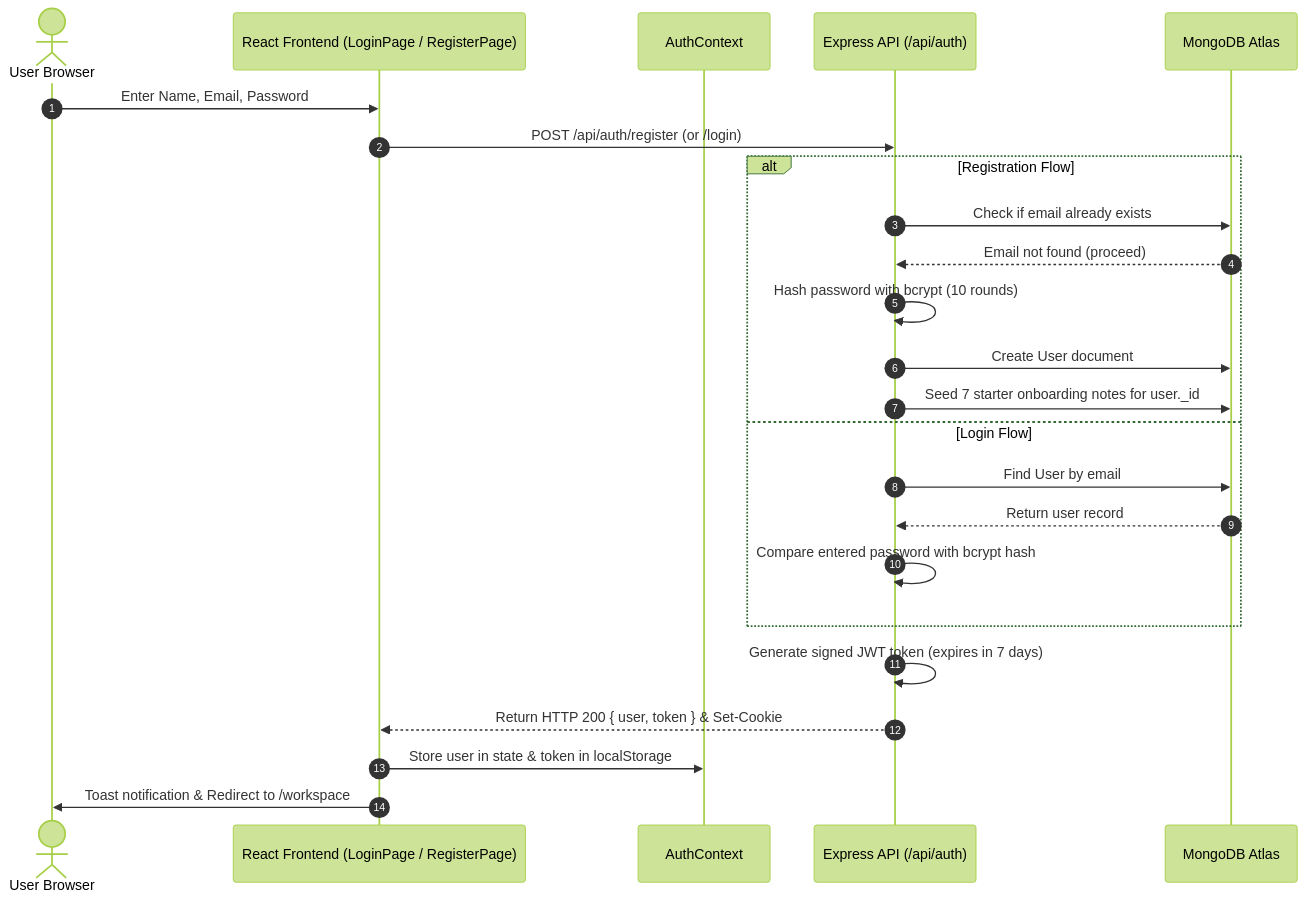
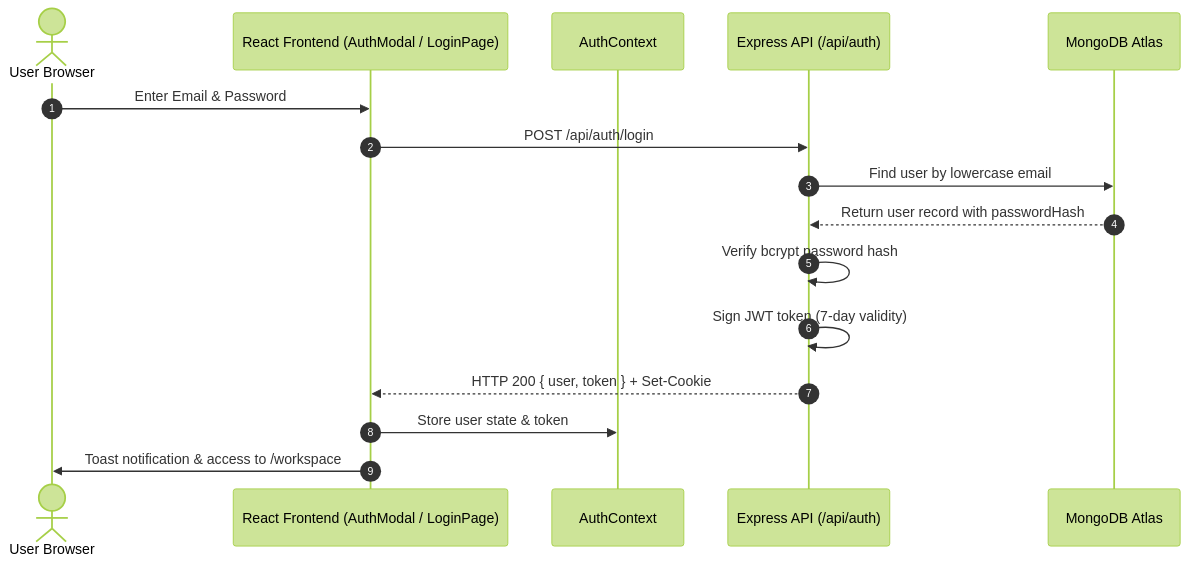
The second of 5 diagrams in README.md (anshumangarg5410/Notes-Making-App), drawn with Mermaid (forest theme) before and after one commit. The commit also changed other lines of this file, not shown here.

````diff
--- a/README.md
+++ b/README.md
@@ -133,29 +150,19 @@
 ```mermaid
 sequenceDiagram
     autonumber
     actor User as User Browser
-    participant FE as React Frontend (LoginPage / RegisterPage)
+    participant FE as React Frontend (AuthModal / LoginPage)
     participant AuthCtx as AuthContext
     participant BE as Express API (/api/auth)
     participant DB as MongoDB Atlas
 
-    User->>FE: Enter Name, Email, Password
-    FE->>BE: POST /api/auth/register (or /login)
-    
-    alt Registration Flow
-        BE->>DB: Check if email already exists
-        DB-->>BE: Email not found (proceed)
-        BE->>BE: Hash password with bcrypt (10 rounds)
-        BE->>DB: Create User document
-        BE->>DB: Seed 7 starter onboarding notes for user._id
-    else Login Flow
-        BE->>DB: Find User by email
-        DB-->>BE: Return user record
-        BE->>BE: Compare entered password with bcrypt hash
-    end
-
-    BE->>BE: Generate signed JWT token (expires in 7 days)
-    BE-->>FE: Return HTTP 200 { user, token } & Set-Cookie
-    FE->>AuthCtx: Store user in state & token in localStorage
-    FE->>User: Toast notification & Redirect to /workspace
+    User->>FE: Enter Email & Password
+    FE->>BE: POST /api/auth/login
+    BE->>DB: Find user by lowercase email
+    DB-->>BE: Return user record with passwordHash
+    BE->>BE: Verify bcrypt password hash
+    BE->>BE: Sign JWT token (7-day validity)
+    BE-->>FE: HTTP 200 { user, token } + Set-Cookie
+    FE->>AuthCtx: Store user state & token
+    FE->>User: Toast notification & access to /workspace
 ```
````
